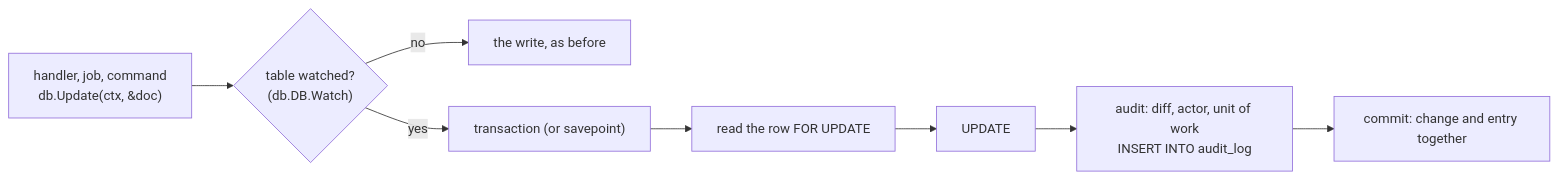
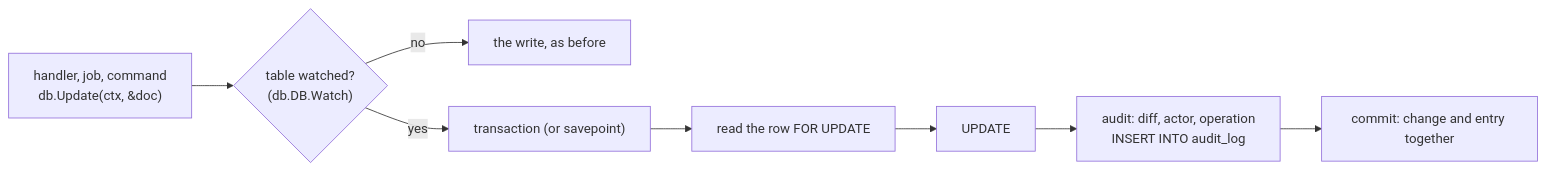
Before and after one commit to anetos-dev/anetos: the diagram in docs/site/concepts/audit-log.md, drawn with Mermaid. The commit also changed other lines of this file and 310 other files, not shown here.

````diff
--- a/docs/site/concepts/audit-log.md
+++ b/docs/site/concepts/audit-log.md
@@ -13,10 +13,10 @@
 ```mermaid
 flowchart LR
     H["handler, job, command<br/>db.Update(ctx, &doc)"] --> W{"table watched?<br/>(db.DB.Watch)"}
     W -->|no| S["the write, as before"]
     W -->|yes| T["transaction (or savepoint)"]
     T --> R["read the row FOR UPDATE"]
     R --> U["UPDATE"]
-    U --> A["audit: diff, actor, unit of work<br/>INSERT INTO audit_log"]
+    U --> A["audit: diff, actor, operation<br/>INSERT INTO audit_log"]
     A --> C["commit: change and entry together"]
 ```
````
